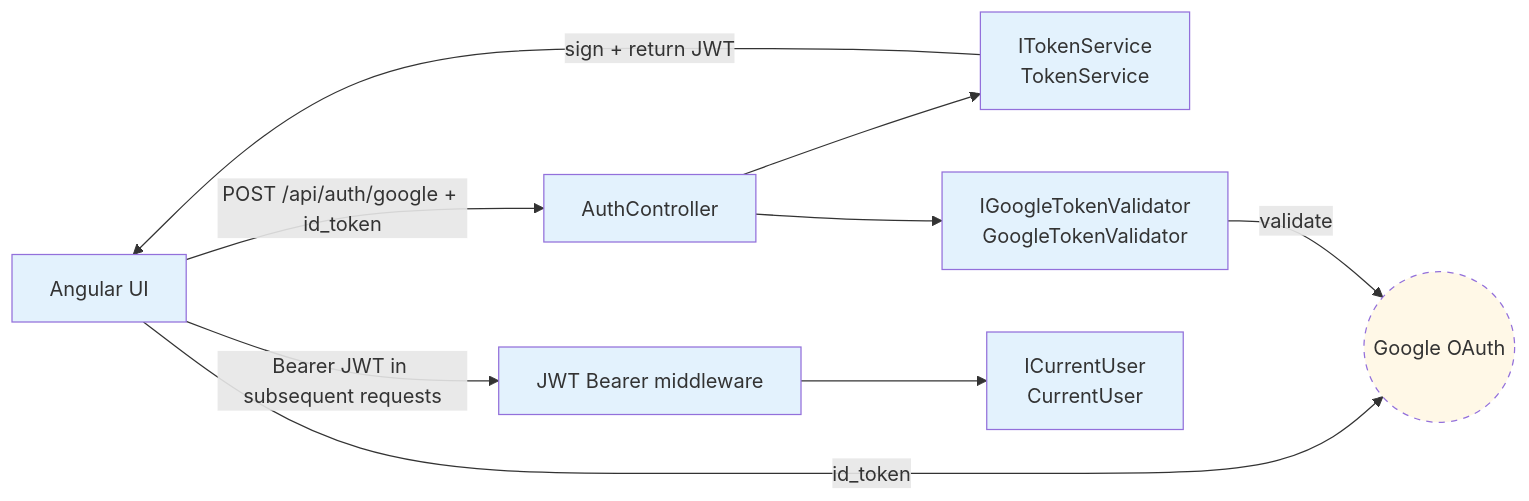
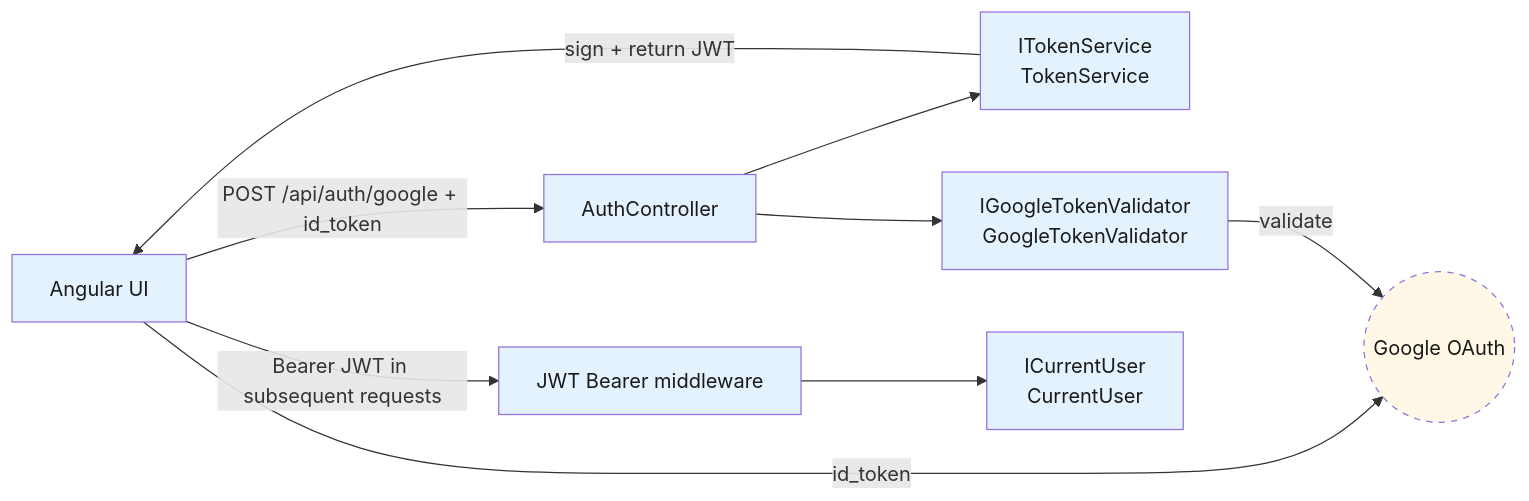
The fourth of 4 diagrams in diagrams/backend/01-architecture.md (Dockdep/LessonHub), drawn with Mermaid before and after one commit. The commit also changed other lines of this file and 26 other files, not shown here.

````diff
--- a/diagrams/backend/01-architecture.md
+++ b/diagrams/backend/01-architecture.md
@@ -134,20 +134,20 @@
 ```mermaid
 flowchart LR
-  classDef ext stroke-dasharray: 5 5,fill:#fff8e7
-  classDef internal fill:#e3f2fd
+  classDef ext stroke-dasharray: 5 5,fill:#fff8e7,color:#1a1a1a
+  classDef internal fill:#e3f2fd,color:#1a1a1a
 
   google((Google OAuth)):::ext
   ui[Angular UI]:::internal
   jwtb[JWT Bearer middleware]:::internal
   authc[AuthController]:::internal
   ts["ITokenService<br/>TokenService"]:::internal
   gtv["IGoogleTokenValidator<br/>GoogleTokenValidator"]:::internal
   cu["ICurrentUser<br/>CurrentUser"]:::internal
 
   ui -->|id_token| google
   ui -->|POST /api/auth/google + id_token| authc
   authc --> gtv -->|validate| google
   authc --> ts -->|sign + return JWT| ui
   ui -->|Bearer JWT in subsequent requests| jwtb
   jwtb --> cu
 ```
````
